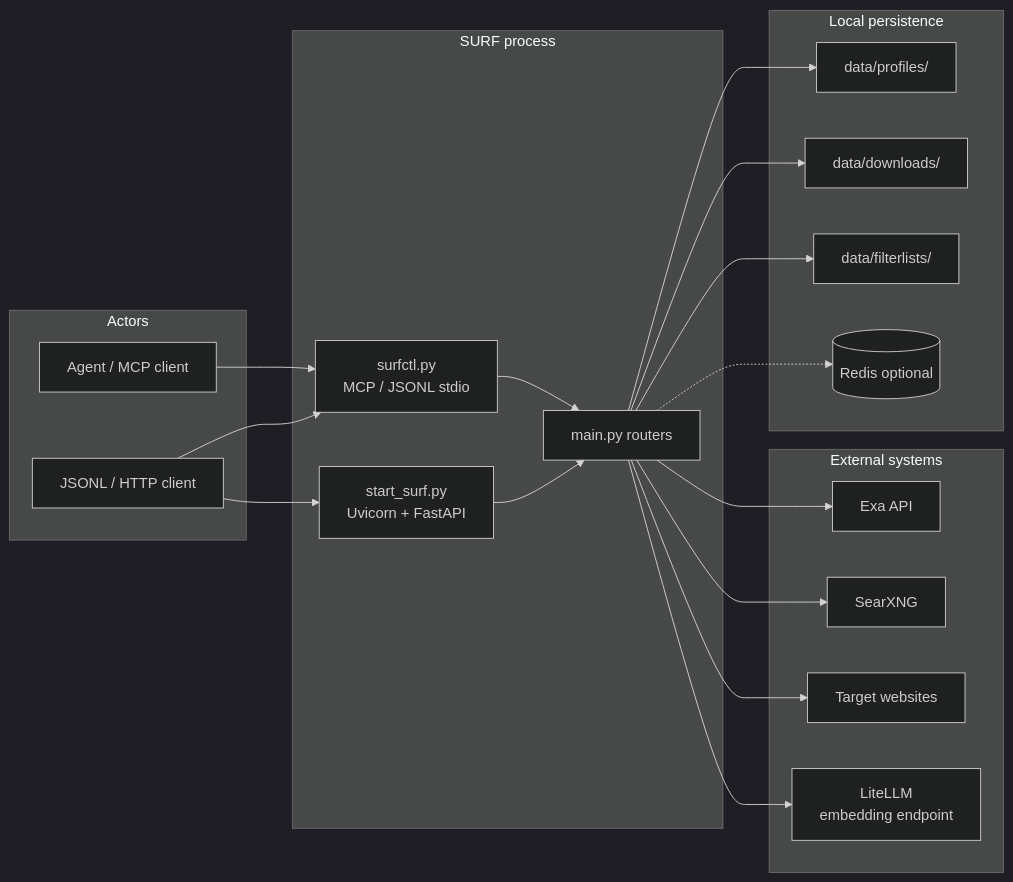
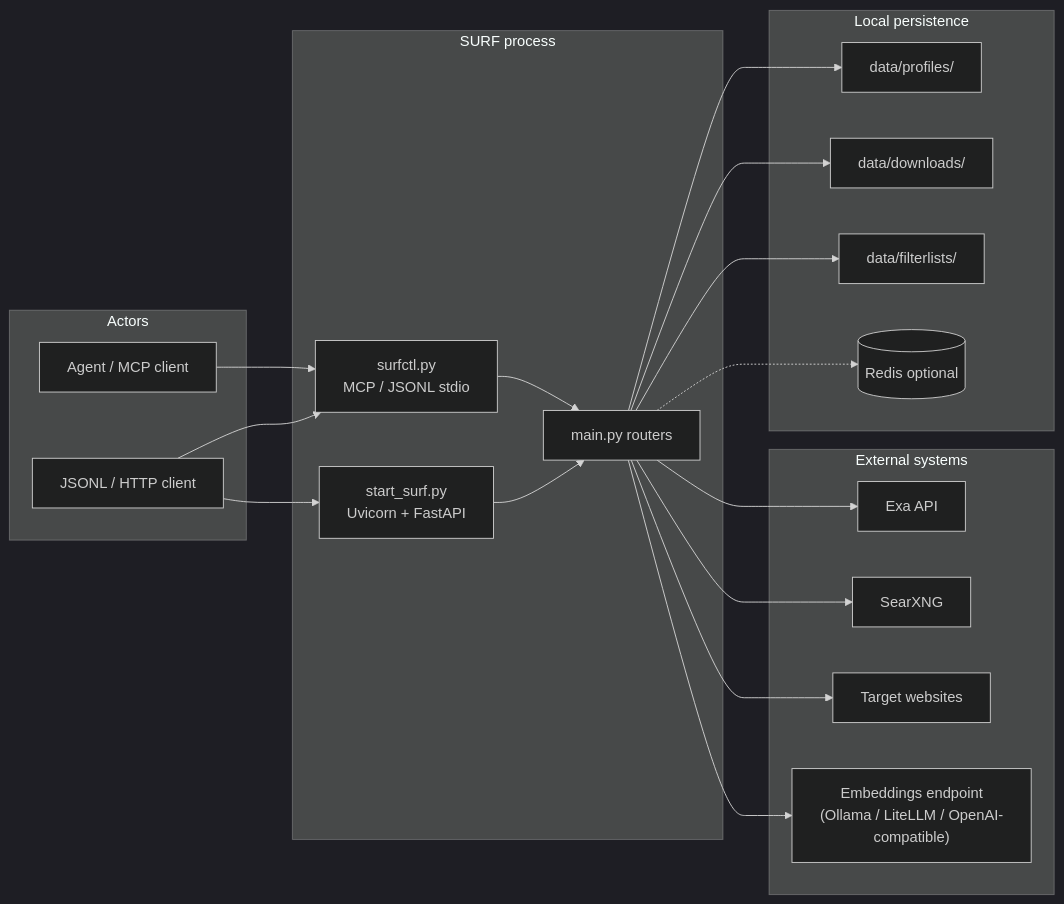
The first of 7 diagrams in ARCHITECTURE.md (nomadbarefoot/SURF), drawn with Mermaid (dark theme) before and after one commit. The commit also changed other lines of this file and 42 other files, not shown here.

````diff
--- a/ARCHITECTURE.md
+++ b/ARCHITECTURE.md
@@ -7,41 +7,41 @@
 ```mermaid
 flowchart LR
   subgraph Actors
     Agent["Agent / MCP client"]
     Script["JSONL / HTTP client"]
   end
 
   subgraph SURF["SURF process"]
     Bridge["surfctl.py<br/>MCP / JSONL stdio"]
     HTTP["start_surf.py<br/>Uvicorn + FastAPI"]
     App["main.py routers"]
   end
 
   subgraph External["External systems"]
     Exa["Exa API"]
     SX["SearXNG"]
     Web["Target websites"]
-    LiteLLM["LiteLLM<br/>embedding endpoint"]
+    LiteLLM["Embeddings endpoint<br/>(Ollama / LiteLLM / OpenAI-compatible)"]
   end
 
   subgraph Persist["Local persistence"]
     Profiles["data/profiles/"]
     Downloads["data/downloads/"]
     Filters["data/filterlists/"]
     Redis[("Redis optional")]
   end
 
   Agent --> Bridge
   Script --> Bridge
   Script --> HTTP
   Bridge --> App
   HTTP --> App
   App --> Exa
   App --> SX
   App --> Web
   App --> LiteLLM
   App --> Profiles
   App --> Downloads
   App --> Filters
   App -.-> Redis
 ```
````
